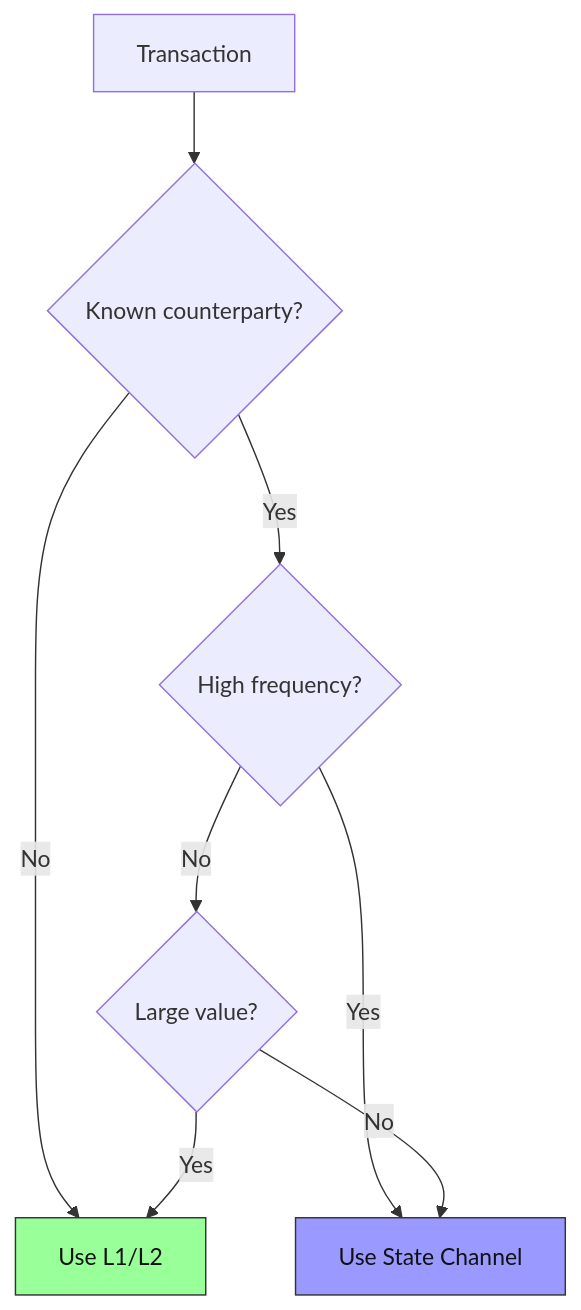
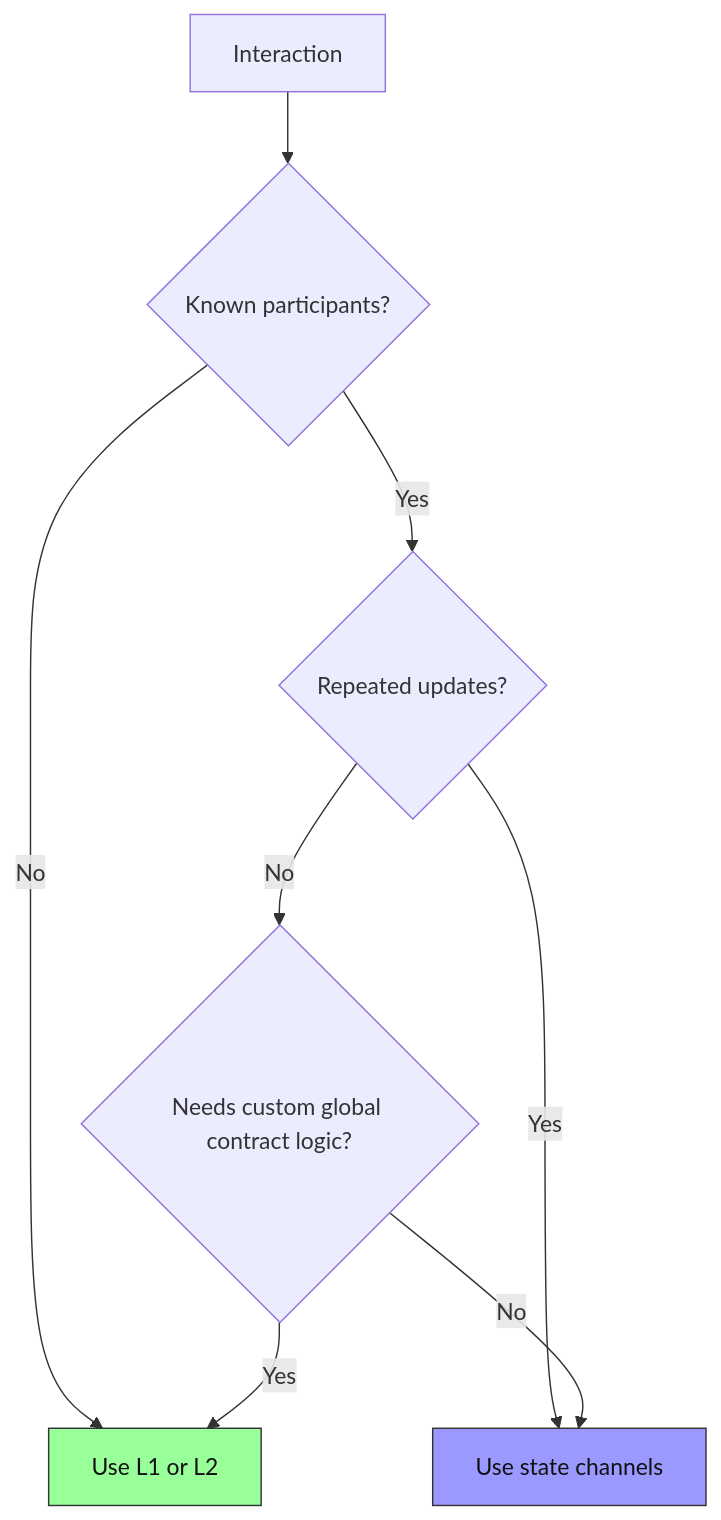
The diagram in docs/nitrolite/learn/core-concepts/state-channels-vs-l1-l2.mdx (layer-3/docs), drawn with Mermaid before and after one commit. The commit also changed other lines of this file and 20 other files, not shown here.

````diff
--- a/docs/nitrolite/learn/core-concepts/state-channels-vs-l1-l2.mdx
+++ b/docs/nitrolite/learn/core-concepts/state-channels-vs-l1-l2.mdx
@@ -100,13 +83,13 @@
 ```mermaid
 flowchart TD
-    A[Transaction] --> B{Known counterparty?}
-    B -->|No| C[Use L1/L2]
-    B -->|Yes| D{High frequency?}
-    D -->|Yes| E[Use State Channel]
-    D -->|No| F{Large value?}
+    A[Interaction] --> B{Known participants?}
+    B -->|No| C[Use L1 or L2]
+    B -->|Yes| D{Repeated updates?}
+    D -->|Yes| E[Use state channels]
+    D -->|No| F{Needs custom global contract logic?}
     F -->|Yes| C
     F -->|No| E
-    
+
     style E fill:#9999ff,stroke:#333,color:#111
     style C fill:#99ff99,stroke:#333,color:#111
 ```
````
